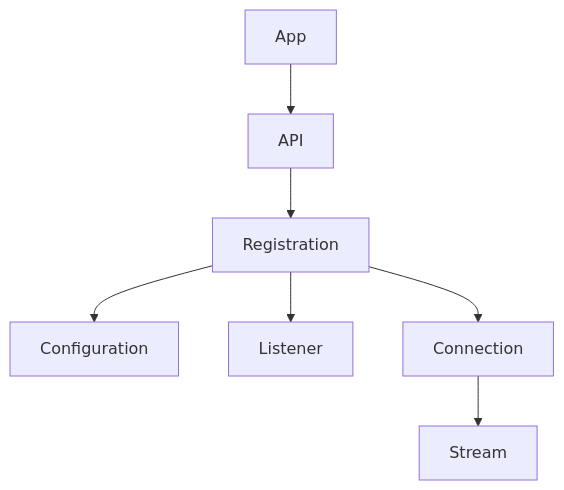
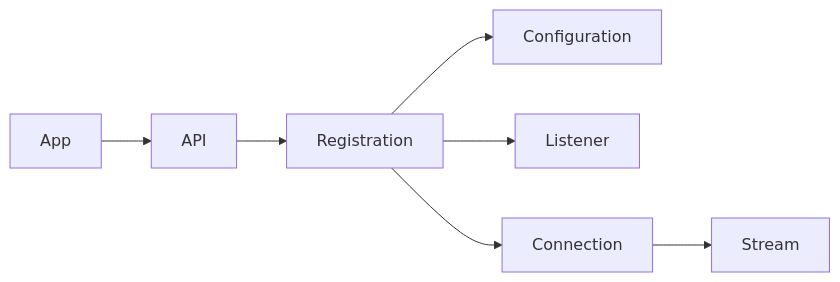
One commit to microsoft/msquic changed the diagram in docs/API.md. Above: the diagram before and after it, drawn with Mermaid.

Commit message:
Change to LR

````diff
--- a/docs/API.md
+++ b/docs/API.md
@@ -26,9 +26,9 @@
 ```mermaid
-  graph TD;
+  graph LR;
       App-->API;
       API-->Registration;
       Registration-->Configuration;
       Registration-->Listener;
       Registration-->Connection;
       Connection-->Stream;
 ```
````
